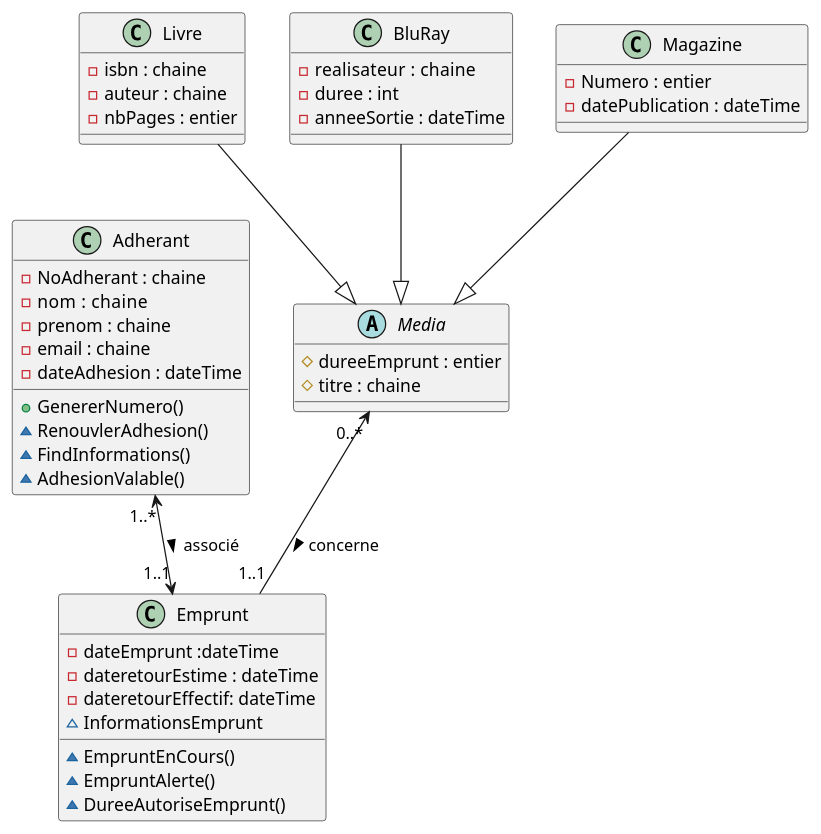
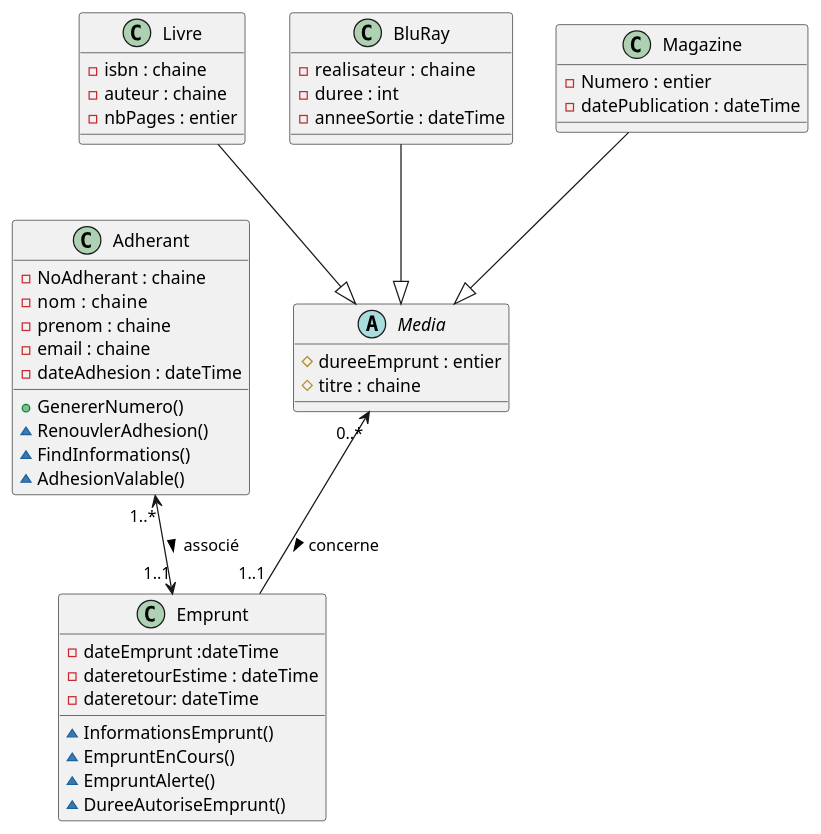
Before and after one commit to fadel-amar/php-bibliotheque: the diagram in documentation/diagramme de classe.puml, drawn with PlantUML. The commit also changed 9 other files, not shown here.

```diff
--- a/documentation/diagramme de classe.puml
+++ b/documentation/diagramme de classe.puml
@@ -1,67 +1,67 @@
 @startuml
 'https://plantuml.com/class-diagram
 'skinparam classAttributeIconSize 0
 
 Abstract Class Media {
 #dureeEmprunt : entier
 #titre : chaine
 }
 
 
 Class Livre {
 - isbn : chaine
 - auteur : chaine
 - nbPages : entier
 }
 
 
 Class BluRay {
 - realisateur  : chaine
 - duree : int
 - anneeSortie : dateTime
 }
 
 
 Class Magazine {
 - Numero : entier
 - datePublication : dateTime
 }
 
 
 
 
 
 Class Adherant {
 - NoAdherant : chaine
 - nom  : chaine
 - prenom : chaine
 - email : chaine
 - dateAdhesion : dateTime
 + GenererNumero()
 ~ RenouvlerAdhesion()
 ~ FindInformations()
 ~ AdhesionValable()
 
 }
 
 Class Emprunt {
 - dateEmprunt :dateTime
 - dateretourEstime : dateTime
-- dateretourEffectif: dateTime
-~ InformationsEmprunt
+- dateretour: dateTime
+~ InformationsEmprunt()
 ~ EmpruntEnCours()
 ~ EmpruntAlerte()
 ~ DureeAutoriseEmprunt()
 }
 
 
 
 
 
 
 Livre --|> Media
 BluRay --|> Media
 Magazine --|> Media
 Adherant "1..*" <--> "1..1" Emprunt : associé >
 Media "0..*" <-- "1..1" Emprunt : concerne >
 @enduml
```
